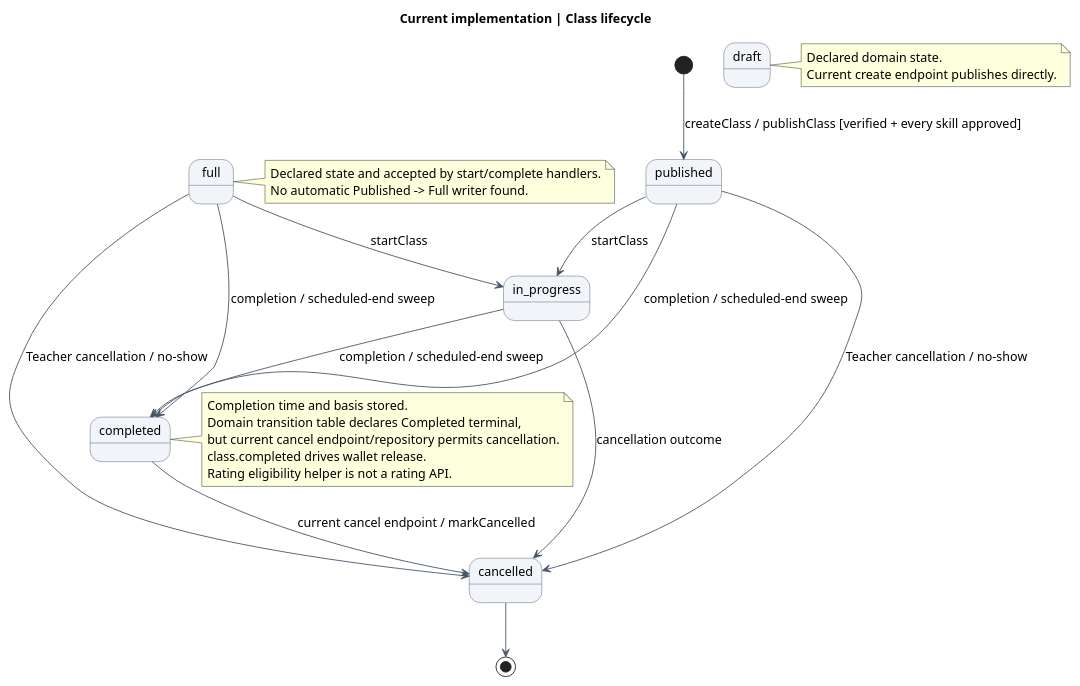
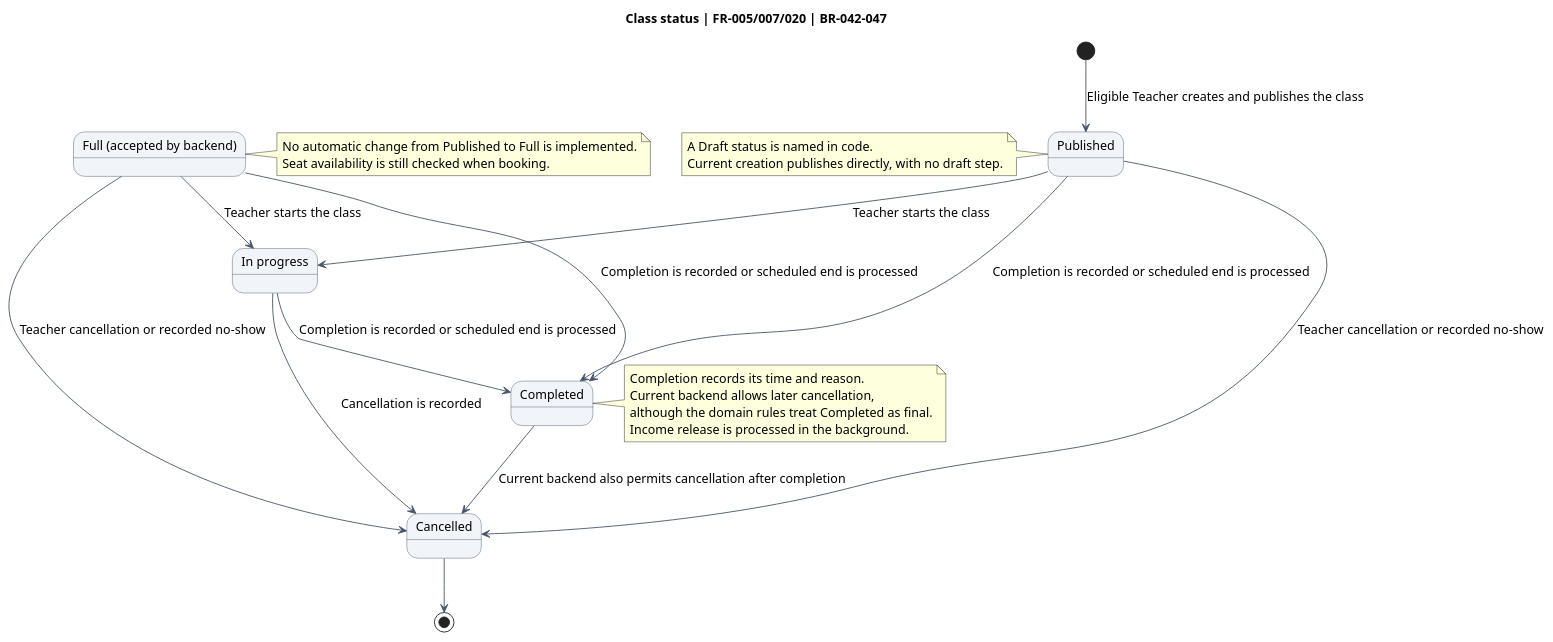
The diagram in docs/diagrams/checkpoint/source/state-class.puml (trankien022/SkillSwap), drawn with PlantUML before and after one commit. The commit also changed 62 other files, not shown here.

First line of the commit message:
docs(diagrams): refresh diagrams against current code (#77)

```diff
--- a/docs/diagrams/checkpoint/source/state-class.puml
+++ b/docs/diagrams/checkpoint/source/state-class.puml
@@ -1,41 +1,44 @@
 @startuml
-title Current implementation | Class lifecycle
+title Class status | FR-005/007/020 | BR-042–047
 skinparam backgroundColor #FFFFFF
 skinparam shadowing false
 skinparam defaultFontName Arial
 skinparam defaultFontSize 14
 skinparam ArrowColor #475569
+skinparam activityBackgroundColor #F1F5F9
+skinparam activityBorderColor #475569
 skinparam sequenceParticipantBackgroundColor #F1F5F9
 skinparam sequenceParticipantBorderColor #475569
-skinparam activityBackgroundColor #F1F5F9
-skinparam activityBorderColor #475569
 skinparam stateBackgroundColor #F1F5F9
 skinparam stateBorderColor #475569
-[*] --> published : createClass / publishClass [verified + every skill approved]
-published --> in_progress : startClass
-full --> in_progress : startClass
-published --> completed : completion / scheduled-end sweep
-full --> completed : completion / scheduled-end sweep
-in_progress --> completed : completion / scheduled-end sweep
-published --> cancelled : Teacher cancellation / no-show
-full --> cancelled : Teacher cancellation / no-show
-in_progress --> cancelled : cancellation outcome
-completed --> cancelled : current cancel endpoint / markCancelled
+state "Published" as published
+state "In progress" as progress
+state "Completed" as completed
+state "Cancelled" as cancelled
+[*] --> published : Eligible Teacher creates and publishes the class
+published --> progress : Teacher starts the class
+published --> completed : Completion is recorded or scheduled end is processed
+progress --> completed : Completion is recorded or scheduled end is processed
+published --> cancelled : Teacher cancellation or recorded no-show
+progress --> cancelled : Cancellation is recorded
+completed --> cancelled : Current backend also permits cancellation after completion
 cancelled --> [*]
-state draft
+state "Full (accepted by backend)" as full
+full --> progress : Teacher starts the class
+full --> completed : Completion is recorded or scheduled end is processed
+full --> cancelled : Teacher cancellation or recorded no-show
 note right of full
- Declared state and accepted by start/complete handlers.
- No automatic Published -> Full writer found.
+ No automatic change from Published to Full is implemented.
+ Seat availability is still checked when booking.
 end note
-note right of draft
- Declared domain state.
- Current create endpoint publishes directly.
+note left of published
+ A Draft status is named in code.
+ Current creation publishes directly, with no draft step.
 end note
 note right of completed
- Completion time and basis stored.
- Domain transition table declares Completed terminal,
- but current cancel endpoint/repository permits cancellation.
- class.completed drives wallet release.
- Rating eligibility helper is not a rating API.
+ Completion records its time and reason.
+ Current backend allows later cancellation,
+ although the domain rules treat Completed as final.
+ Income release is processed in the background.
 end note
 @enduml
```
